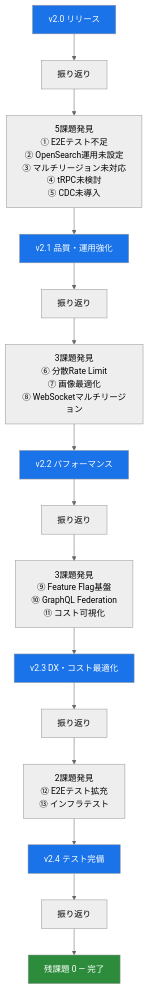
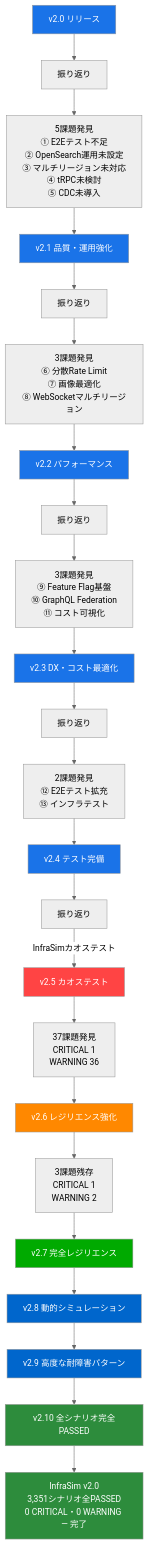
The third of 4 diagrams in articles/xclone-v2-series-summary.md (mattyopon/zenn-content), drawn with Mermaid (neutral theme) before and after one commit. The commit also changed other lines of this file and 2 other files, not shown here.

````diff
--- a/articles/xclone-v2-series-summary.md
+++ b/articles/xclone-v2-series-summary.md
@@ -189,28 +195,43 @@
 ```mermaid
 graph TD
     V20[v2.0 リリース] --> R1[振り返り]
     R1 --> I1[5課題発見<br/>① E2Eテスト不足<br/>② OpenSearch運用未設定<br/>③ マルチリージョン未対応<br/>④ tRPC未検討<br/>⑤ CDC未導入]
     I1 --> V21[v2.1 品質・運用強化]
 
     V21 --> R2[振り返り]
     R2 --> I2[3課題発見<br/>⑥ 分散Rate Limit<br/>⑦ 画像最適化<br/>⑧ WebSocketマルチリージョン]
     I2 --> V22[v2.2 パフォーマンス]
 
     V22 --> R3[振り返り]
     R3 --> I3[3課題発見<br/>⑨ Feature Flag基盤<br/>⑩ GraphQL Federation<br/>⑪ コスト可視化]
     I3 --> V23[v2.3 DX・コスト最適化]
 
     V23 --> R4[振り返り]
     R4 --> I4[2課題発見<br/>⑫ E2Eテスト拡充<br/>⑬ インフラテスト]
     I4 --> V24[v2.4 テスト完備]
 
     V24 --> R5[振り返り]
-    R5 --> DONE[残課題 0 — 完了]
+    R5 -->|"InfraSimカオステスト"| V25[v2.5 カオステスト]
+
+    V25 --> I5[37課題発見<br/>CRITICAL 1<br/>WARNING 36]
+    I5 --> V26[v2.6 レジリエンス強化]
+    V26 --> I6[3課題残存<br/>CRITICAL 1<br/>WARNING 2]
+    I6 --> V27[v2.7 完全レジリエンス]
+    V27 --> V28[v2.8 動的シミュレーション]
+    V28 --> V29[v2.9 高度な耐障害パターン]
+    V29 --> V210[v2.10 全シナリオ完全PASSED]
+    V210 --> DONE[InfraSim v2.0<br/>3,351シナリオ全PASSED<br/>0 CRITICAL・0 WARNING — 完了]
 
     style DONE fill:#2d8c3c,color:#fff
+    style V25 fill:#ff4444,color:#fff
+    style V26 fill:#ff8800,color:#fff
+    style V27 fill:#00aa00,color:#fff
+    style V28 fill:#0066cc,color:#fff
+    style V29 fill:#0066cc,color:#fff
+    style V210 fill:#2d8c3c,color:#fff
     style V20 fill:#1a73e8,color:#fff
     style V21 fill:#1a73e8,color:#fff
     style V22 fill:#1a73e8,color:#fff
     style V23 fill:#1a73e8,color:#fff
     style V24 fill:#1a73e8,color:#fff
 ```
````
